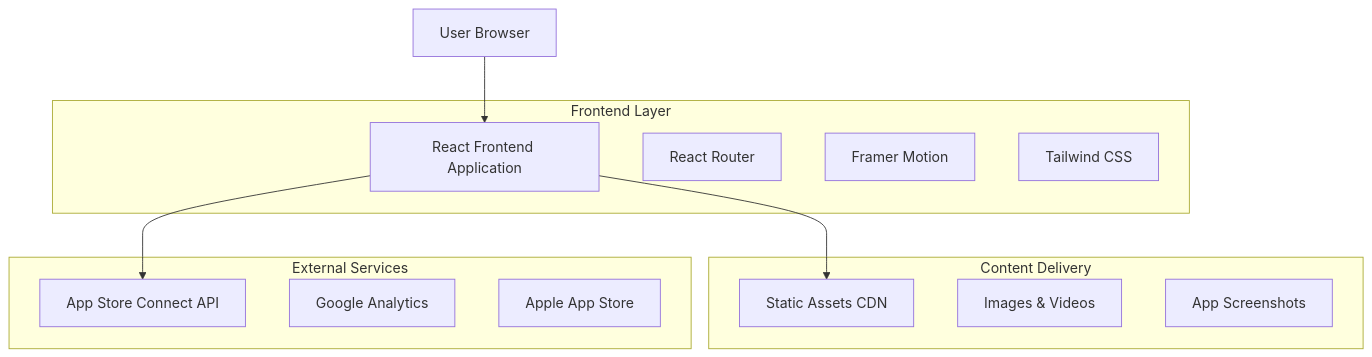
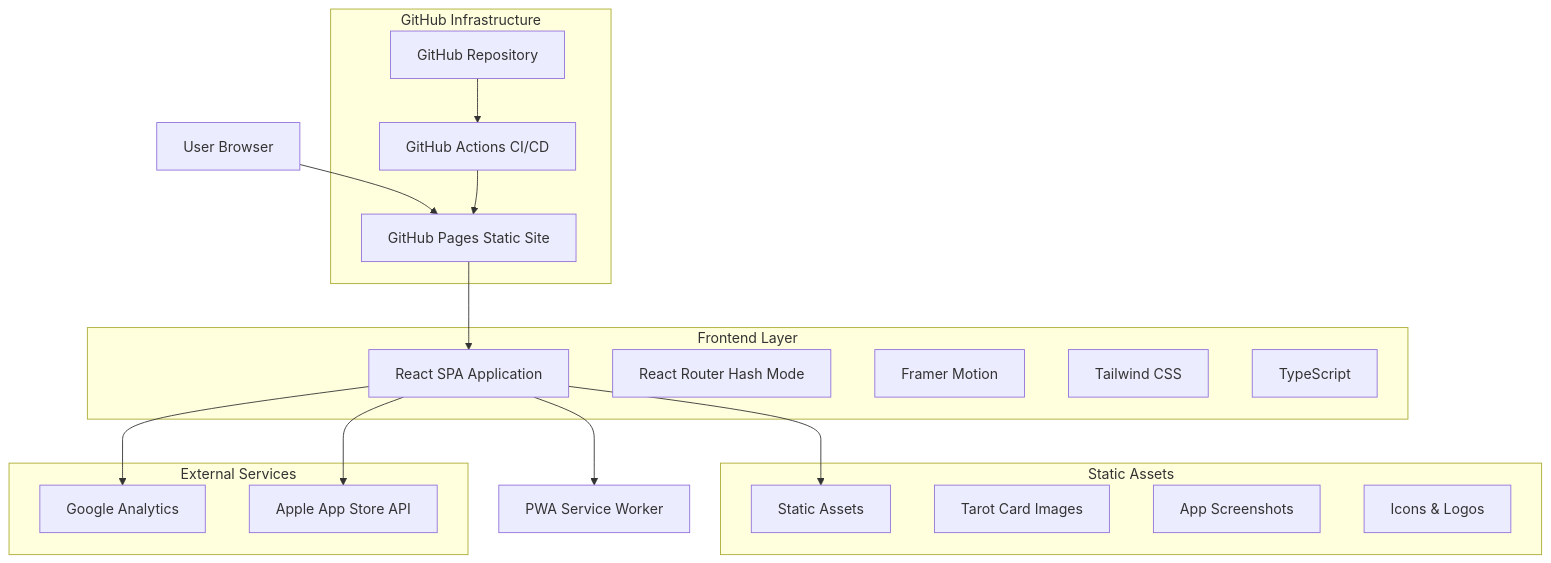
Before and after one commit to andy846/SoulCards-Website: the first of 2 diagrams in .trae/documents/SoulCards_技術架構文檔.md, drawn with Mermaid. The commit also changed other lines of this file and 297 other files, not shown here.

Commit message:
Deploy SoulCards website to GitHub Pages

````diff
--- a/.trae/documents/SoulCards_技術架構文檔.md
+++ b/.trae/documents/SoulCards_技術架構文檔.md
@@ -5,25 +5,38 @@
 ```mermaid
 graph TD
-    A[User Browser] --> B[React Frontend Application]
-    B --> C[Static Assets CDN]
-    B --> D[App Store Connect API]
+    A[User Browser] --> B[GitHub Pages Static Site]
+    B --> C[React SPA Application]
+    C --> D[Static Assets]
+    C --> E[PWA Service Worker]
+    
+    subgraph "GitHub Infrastructure"
+        B
+        F[GitHub Actions CI/CD]
+        G[GitHub Repository]
+    end
     
     subgraph "Frontend Layer"
-        B
-        E[React Router]
-        F[Framer Motion]
-        G[Tailwind CSS]
+        C
+        H[React Router Hash Mode]
+        I[Framer Motion]
+        J[Tailwind CSS]
+        K[TypeScript]
     end
     
-    subgraph "Content Delivery"
-        C
-        H[Images & Videos]
-        I[App Screenshots]
+    subgraph "Static Assets"
+        D
+        L[Tarot Card Images]
+        M[App Screenshots]
+        N[Icons & Logos]
     end
     
     subgraph "External Services"
-        D
-        J[Google Analytics]
-        K[Apple App Store]
+        O[Google Analytics]
+        P[Apple App Store API]
     end
+    
+    F --> B
+    G --> F
+    C --> O
+    C --> P
 ```
````
